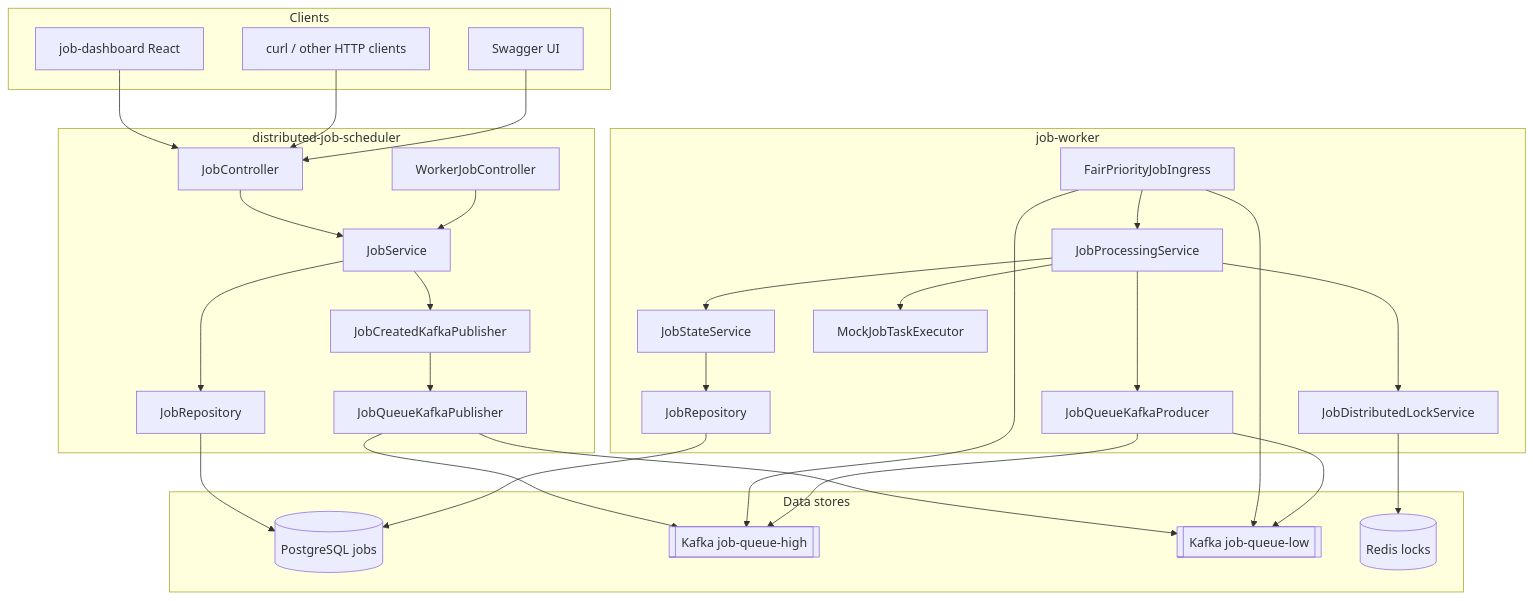
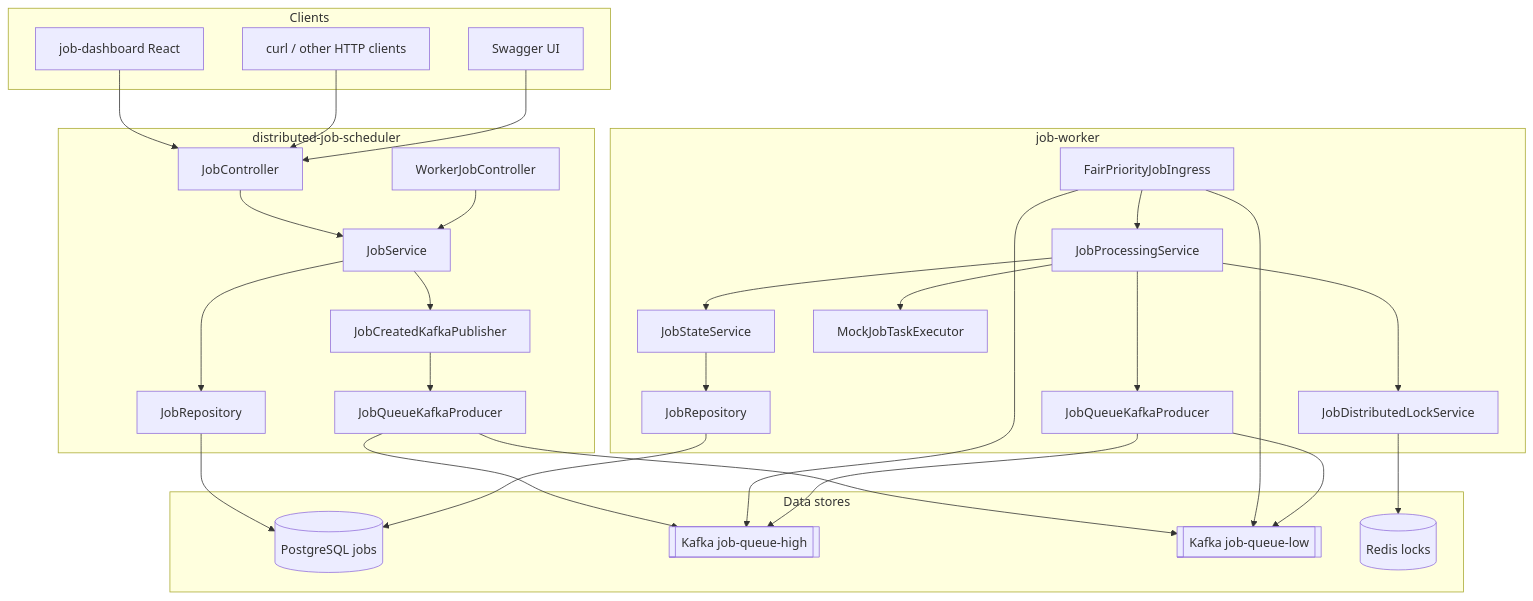
The diagram in docs/ARCHITECTURE_AND_WORKFLOW.md (nayshasingh/distributed-job-pipeline), drawn with Mermaid before and after one commit. The commit also changed other lines of this file and 8 other files, not shown here.

````diff
--- a/docs/ARCHITECTURE_AND_WORKFLOW.md
+++ b/docs/ARCHITECTURE_AND_WORKFLOW.md
@@ -9,58 +153,58 @@
 ```mermaid
 flowchart TB
   subgraph clients [Clients]
     UI[job-dashboard React]
     CURL[curl / other HTTP clients]
     SW[Swagger UI]
   end
 
   subgraph api [distributed-job-scheduler]
     JC[JobController]
     WJC[WorkerJobController]
     JS[JobService]
     JR_API[JobRepository]
-    KProd[JobQueueKafkaPublisher]
+    KProd[JobQueueKafkaProducer]
     KPub[JobCreatedKafkaPublisher]
   end
 
   subgraph data [Data stores]
     PG[(PostgreSQL jobs)]
     KH[[Kafka job-queue-high]]
     KL[[Kafka job-queue-low]]
     RD[(Redis locks)]
   end
 
   subgraph worker [job-worker]
     FPI[FairPriorityJobIngress]
     JPS[JobProcessingService]
     JSS[JobStateService]
     JDL[JobDistributedLockService]
     MJE[MockJobTaskExecutor]
     KProdW[JobQueueKafkaProducer]
     JR_W[JobRepository]
   end
 
   UI --> JC
   CURL --> JC
   SW --> JC
   JC --> JS
   WJC --> JS
   JS --> JR_API
   JR_API --> PG
   JS --> KPub
   KPub --> KProd
   KProd --> KH
   KProd --> KL
   FPI --> KH
   FPI --> KL
   FPI --> JPS
   JPS --> JDL
   JDL --> RD
   JPS --> JSS
   JSS --> JR_W
   JR_W --> PG
   JPS --> MJE
   JPS --> KProdW
   KProdW --> KH
   KProdW --> KL
 ```
````
